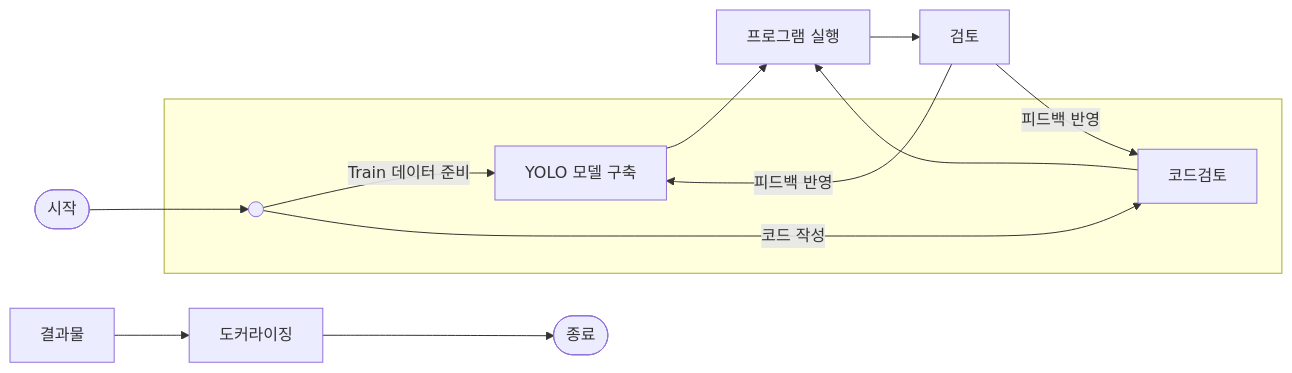
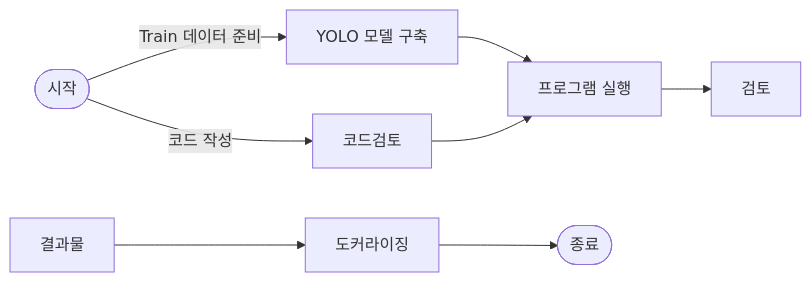
The first of 2 diagrams in README.md (gamdumdum/my-project), drawn with Mermaid before and after one commit.

````diff
--- a/README.md
+++ b/README.md
@@ -2,28 +2,18 @@
 ```mermaid
 flowchart LR
     시작([시작])
-
-    subgraph 초기설정 [ ]
-        방향1(( )):::invisible
-        방향1 -->|Train 데이터 준비| Yolo[YOLO 모델 구축]
-        방향1 -->|코드 작성| 코드검토[코드검토]
-    end
-
-    시작 --> 방향1
+    시작 -->|Train 데이터 준비| Yolo[YOLO 모델 구축]
+    시작 -->|코드 작성| 코드검토[코드검토]
 
     Yolo --> 실행[프로그램 실행]
     코드검토 --> 실행
 
     실행 --> 검토[검토]
-
-    검토 -->|피드백 반영| Yolo
-    검토 -->|피드백 반영| 코드검토
-
 
 
 
 
     결과[결과물] --> 도커[도커라이징]
     도커 --> 종료([종료])
 
 ```
````
